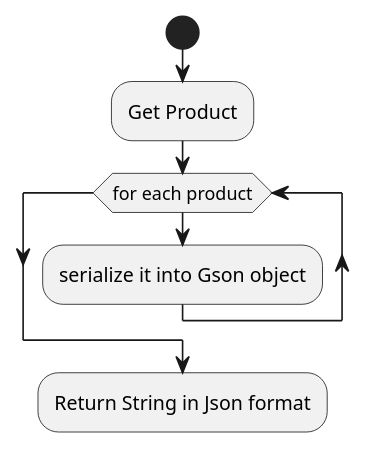
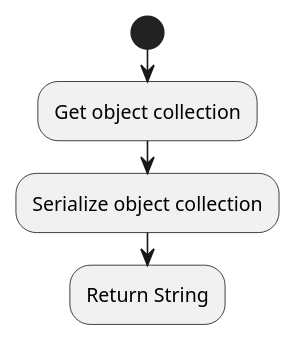
Before and after one commit to mplekunov/Assignment_3: the diagram in src/main/resources/ex44/ActivityDiagrams/serialize.puml, drawn with PlantUML. The commit also changed 34 other files, not shown here.

```diff
--- a/src/main/resources/ex44/ActivityDiagrams/serialize.puml
+++ b/src/main/resources/ex44/ActivityDiagrams/serialize.puml
@@ -1,12 +1,8 @@
 @startuml
 'https://plantuml.com/activity-diagram-beta
 
 start
-    :Get Product;
-    while (for each product)
-        :serialize it into Gson object;
-    endwhile
-
-   :Return String in Json format;
-
+    :Get object collection;
+    :Serialize object collection;
+    :Return String;
 @enduml
```
